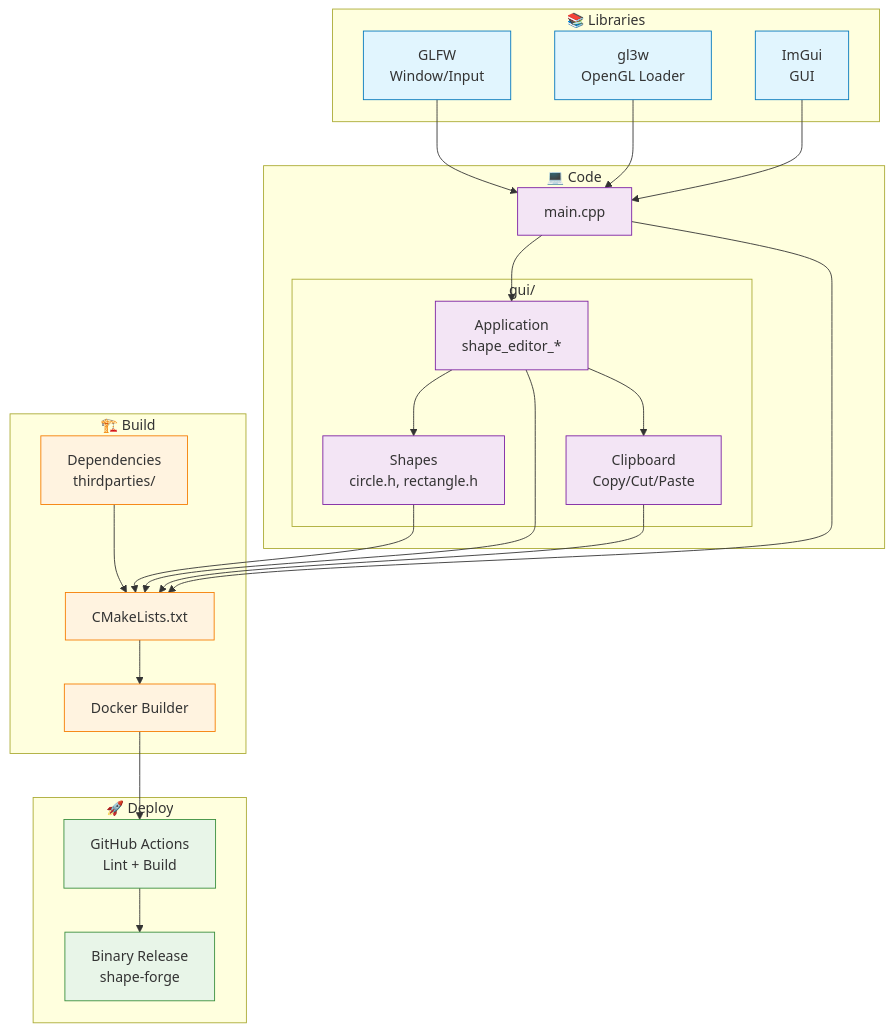
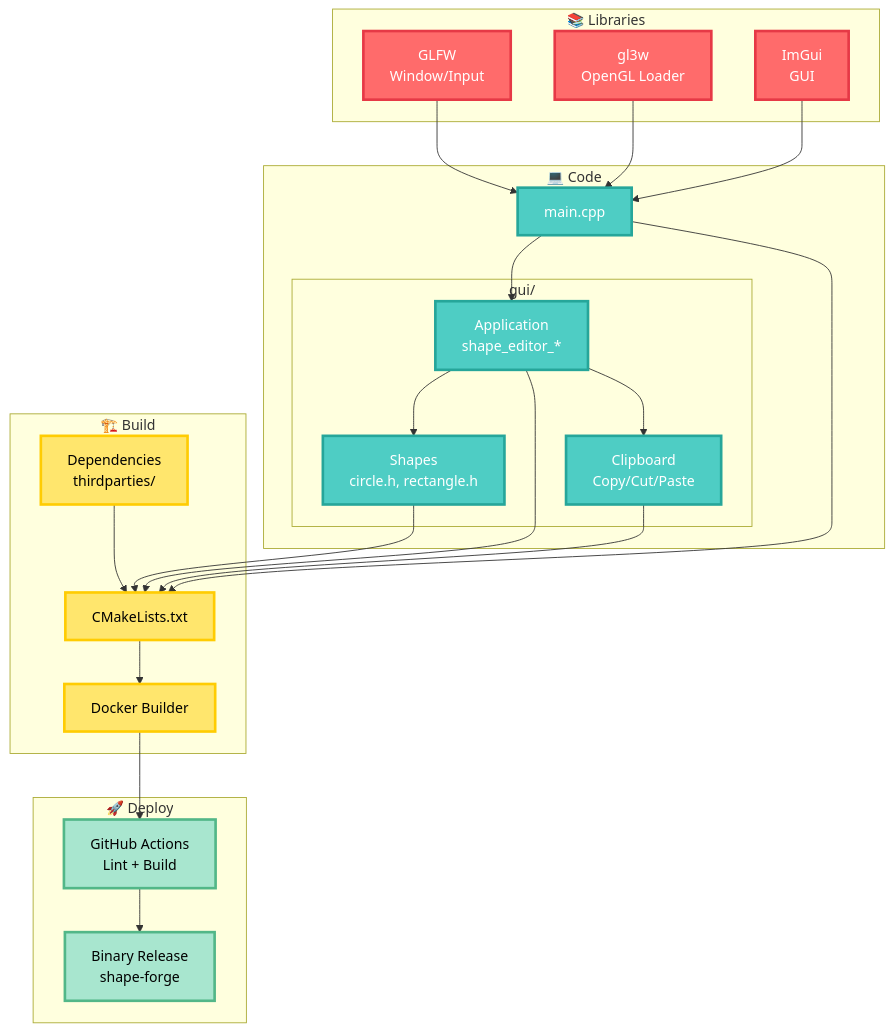
Before and after one commit to hung-truongqc/shape-forge: the diagram in README.md, drawn with Mermaid.

Commit message:
Update color palette to be more visible in mermaid diagram in README.md

````diff
--- a/README.md
+++ b/README.md
@@ -34,61 +34,61 @@
 ```mermaid
 graph TD
     %% Libraries
     subgraph "📚 Libraries"
         GLFW["GLFW<br/>Window/Input"]
         GL3W["gl3w<br/>OpenGL Loader"]
         IMGUI["ImGui<br/>GUI"]
     end
 
     %% Code
     subgraph "💻 Code"
         MAIN["main.cpp"]
         subgraph "gui/"
             SHAPES["Shapes<br/>circle.h, rectangle.h"]
             APP["Application<br/>shape_editor_*"]
             CLIPBOARD["Clipboard<br/>Copy/Cut/Paste"]
         end
     end
 
     %% Build
     subgraph "🏗️ Build"
         CMAKE["CMakeLists.txt"]
         DOCKER["Docker Builder"]
         DEPS["Dependencies<br/>thirdparties/"]
     end
 
     %% Deploy
     subgraph "🚀 Deploy"
         CI["GitHub Actions<br/>Lint + Build"]
         RELEASE["Binary Release<br/>shape-forge"]
     end
 
     %% Flow
     GLFW --> MAIN
     GL3W --> MAIN
     IMGUI --> MAIN
     MAIN --> APP
     APP --> SHAPES
     APP --> CLIPBOARD
     
     CMAKE --> DOCKER
     DEPS --> CMAKE
     SHAPES --> CMAKE
     APP --> CMAKE
     CLIPBOARD --> CMAKE
     MAIN --> CMAKE
     
     DOCKER --> CI
     CI --> RELEASE
 
     %% Styling
-    classDef lib fill:#e1f5fe,stroke:#0277bd
-    classDef code fill:#f3e5f5,stroke:#7b1fa2
-    classDef build fill:#fff3e0,stroke:#f57c00
-    classDef deploy fill:#e8f5e8,stroke:#388e3c
+    classDef lib fill:#ff6b6b,stroke:#e63946,stroke-width:3px,color:#fff
+    classDef code fill:#4ecdc4,stroke:#26a69a,stroke-width:3px,color:#fff
+    classDef build fill:#ffe66d,stroke:#ffcc02,stroke-width:3px,color:#000
+    classDef deploy fill:#a8e6cf,stroke:#52b788,stroke-width:3px,color:#000
 
     class GLFW,GL3W,IMGUI lib
-    class MAIN,SHAPES,APP,CLIPBOARD code
+    class MAIN,SHAPES,APP,GUI,CLIPBOARD code
     class CMAKE,DOCKER,DEPS build
     class CI,RELEASE deploy
 ```
````
